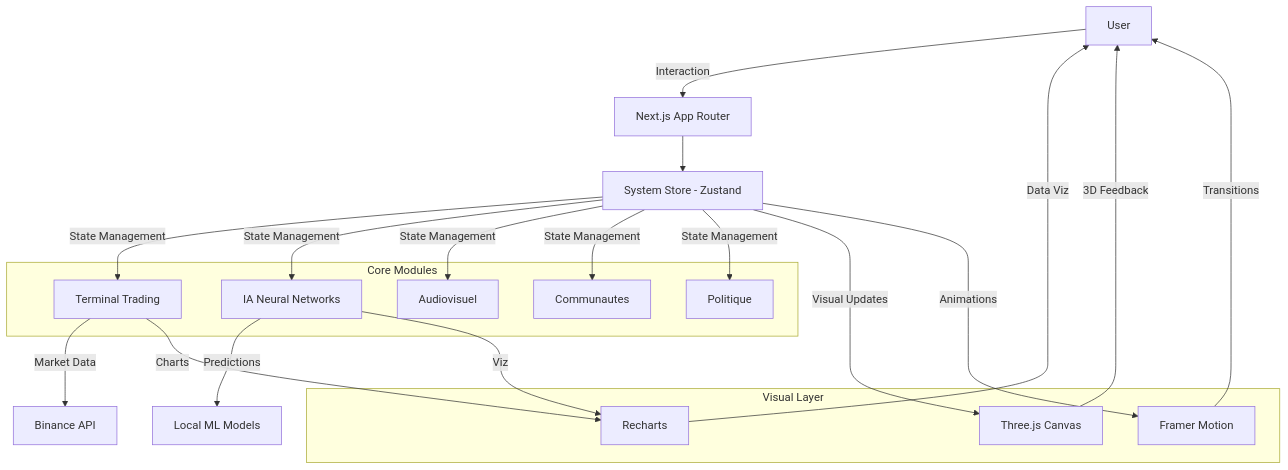
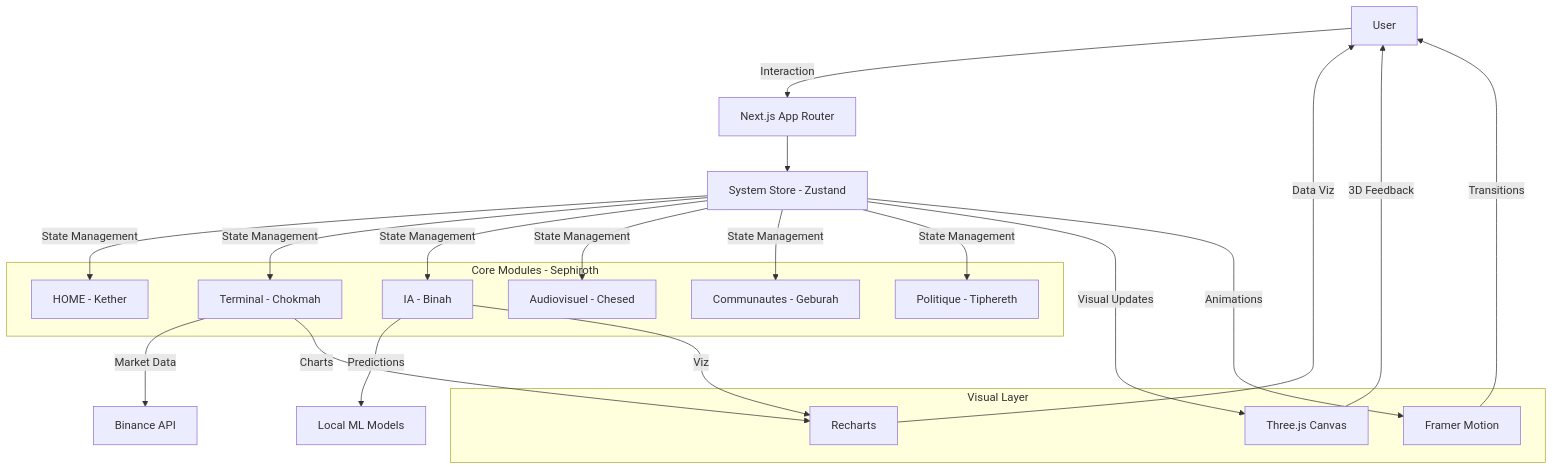
The diagram in README.md (SAMIRneo/kbl-center-v2), drawn with Mermaid before and after one commit. The commit also changed other lines of this file, not shown here.

Commit message:
docs: Update README with HOME module - Kether whitepaper section

````diff
--- a/README.md
+++ b/README.md
@@ -44,37 +45,39 @@
 ```mermaid
 graph TD
     A[User] -->|Interaction| B[Next.js App Router]
     B --> C[System Store - Zustand]
     
-    subgraph "Core Modules"
-        D[Terminal Trading]
-        E[IA Neural Networks]
-        F[Audiovisuel]
-        G[Communautes]
-        H[Politique]
+    subgraph "Core Modules - Sephiroth"
+        D0[HOME - Kether]
+        D[Terminal - Chokmah]
+        E[IA - Binah]
+        F[Audiovisuel - Chesed]
+        G[Communautes - Geburah]
+        H[Politique - Tiphereth]
     end
     
+    C -->|State Management| D0
     C -->|State Management| D
     C -->|State Management| E
     C -->|State Management| F
     C -->|State Management| G
     C -->|State Management| H
     
     D -->|Market Data| I[Binance API]
     E -->|Predictions| J[Local ML Models]
     
     subgraph "Visual Layer"
         K[Three.js Canvas]
         L[Framer Motion]
         M[Recharts]
     end
     
     C -->|Visual Updates| K
     C -->|Animations| L
     D -->|Charts| M
     E -->|Viz| M
     
     K -->|3D Feedback| A
     L -->|Transitions| A
     M -->|Data Viz| A
 ```
````
